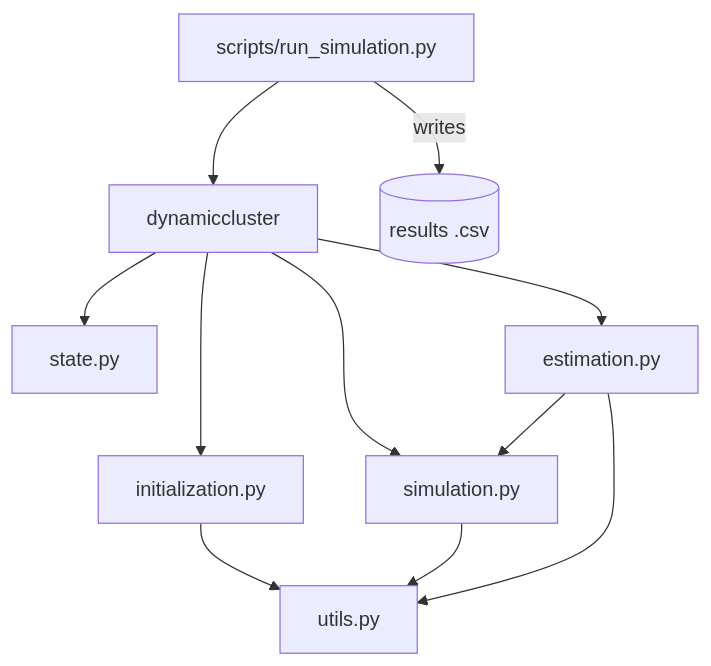
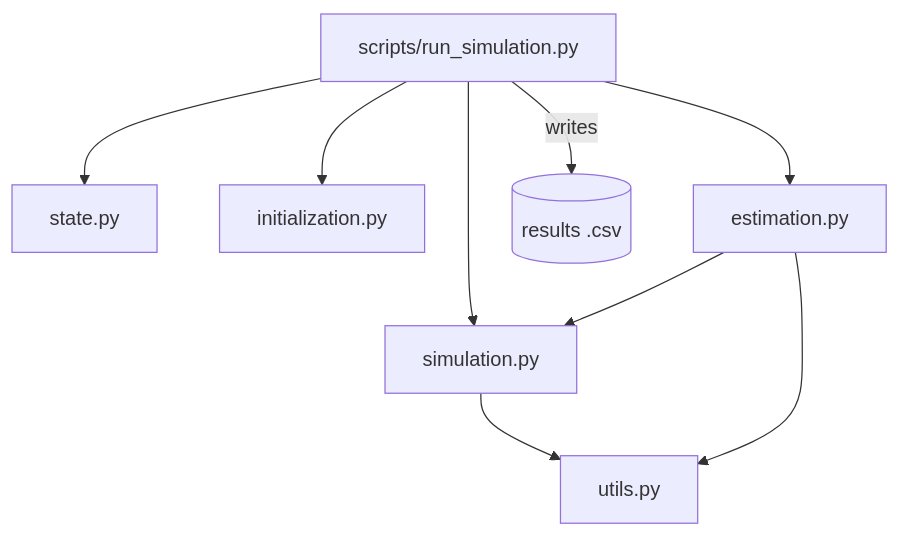
Before and after one commit to DaanZunnenberg/DynamicCluster: the diagram in README.md, drawn with Mermaid. The commit also changed other lines of this file and 3 other files, not shown here.

````diff
--- a/README.md
+++ b/README.md
@@ -48,14 +42,12 @@
 ```mermaid
 graph TD
-    run[scripts/run_simulation.py] --> pkg[dynamiccluster]
-    pkg --> state[state.py]
-    pkg --> init[initialization.py]
-    pkg --> sim[simulation.py]
-    pkg --> est[estimation.py]
-    init --> utils[utils.py]
-    sim --> utils
+    run[scripts/run_simulation.py] --> state[state.py]
+    run --> init[initialization.py]
+    run --> sim[simulation.py]
+    run --> est[estimation.py]
+    sim --> utils[utils.py]
     est --> sim
     est --> utils
 
     run -->|writes| csv[(results .csv)]
 ```
````
